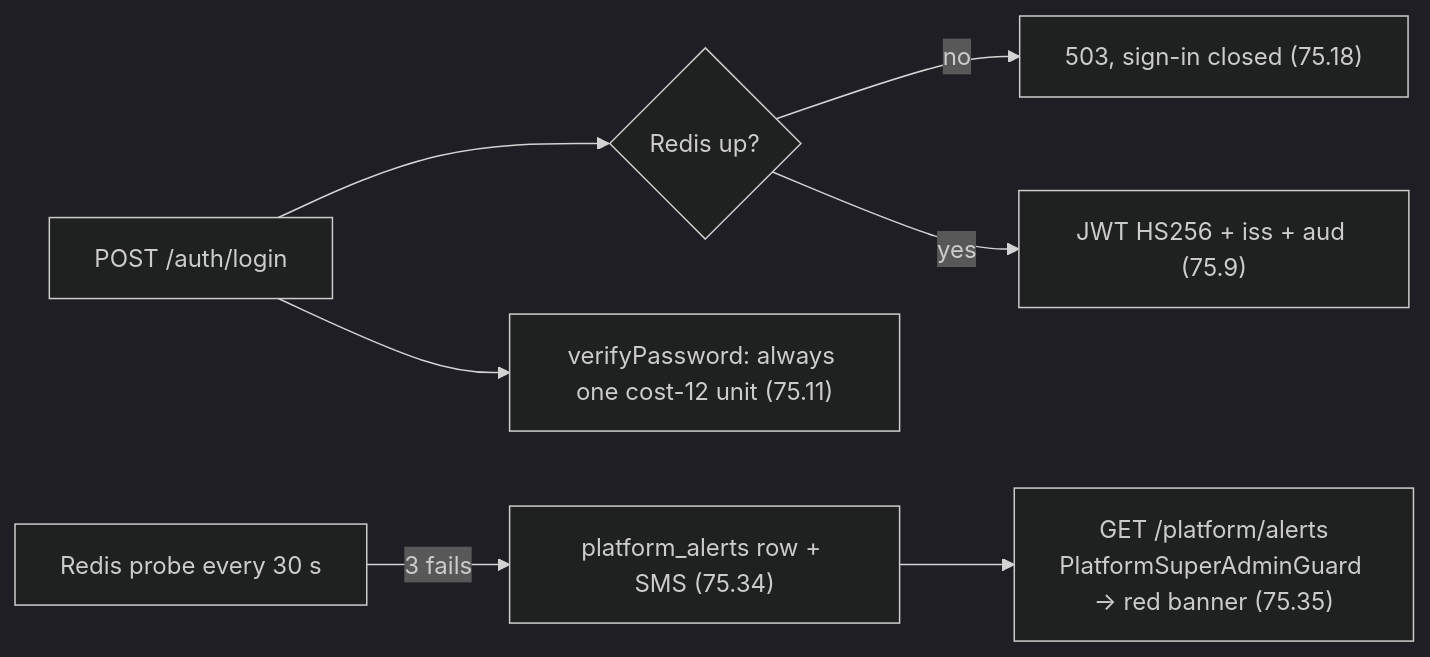
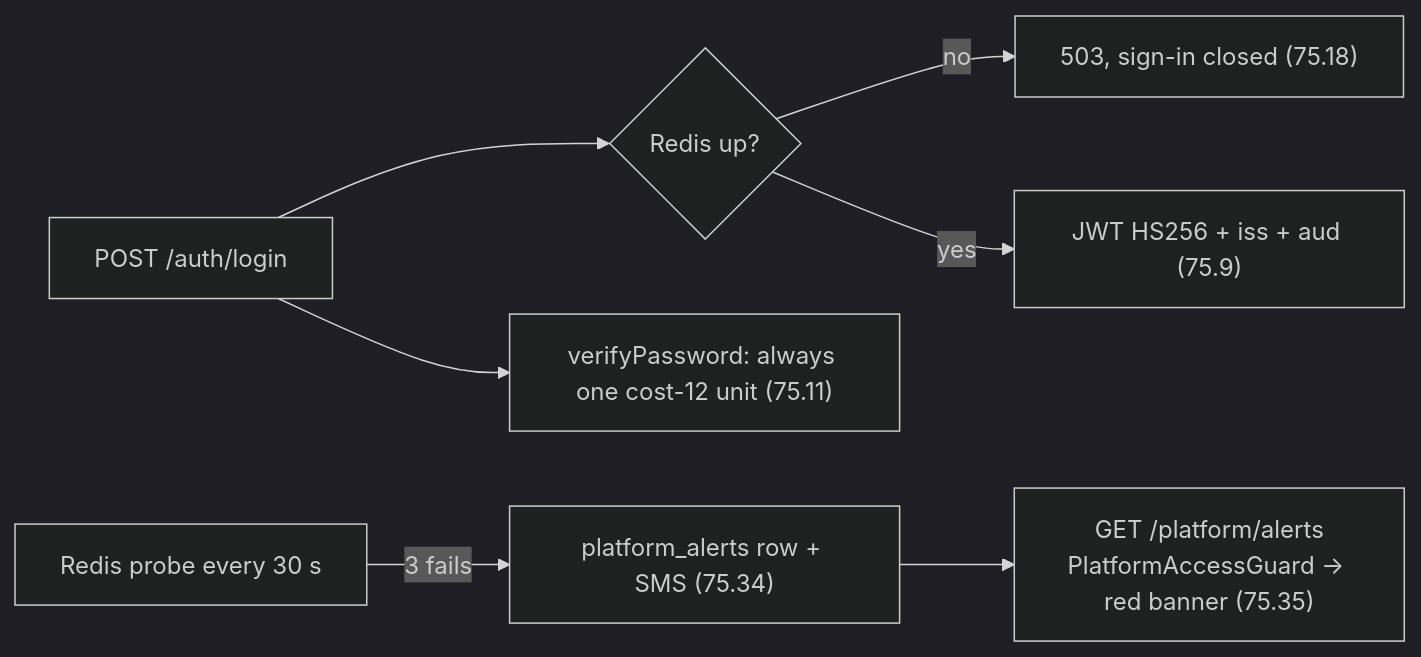
Diagram 28 of 31 in docs/architecture/08-security.md (tareq89/biddaloy), drawn with Mermaid (dark theme) before and after one commit. The commit also changed other lines of this file and 74 other files, not shown here.

````diff
--- a/docs/architecture/08-security.md
+++ b/docs/architecture/08-security.md
@@ -1451,9 +1451,9 @@
 ```mermaid
 flowchart LR
   L["POST /auth/login"] --> T{"Redis up?"}
   T -- no --> X["503, sign-in closed (75.18)"]
   T -- yes --> J["JWT HS256 + iss + aud (75.9)"]
   L --> P["verifyPassword: always one cost-12 unit (75.11)"]
   R["Redis probe every 30 s"] -- "3 fails" --> A["platform_alerts row + SMS (75.34)"]
-  A --> B["GET /platform/alerts<br/>PlatformSuperAdminGuard → red banner (75.35)"]
+  A --> B["GET /platform/alerts<br/>PlatformAccessGuard → red banner (75.35)"]
 ```
````
